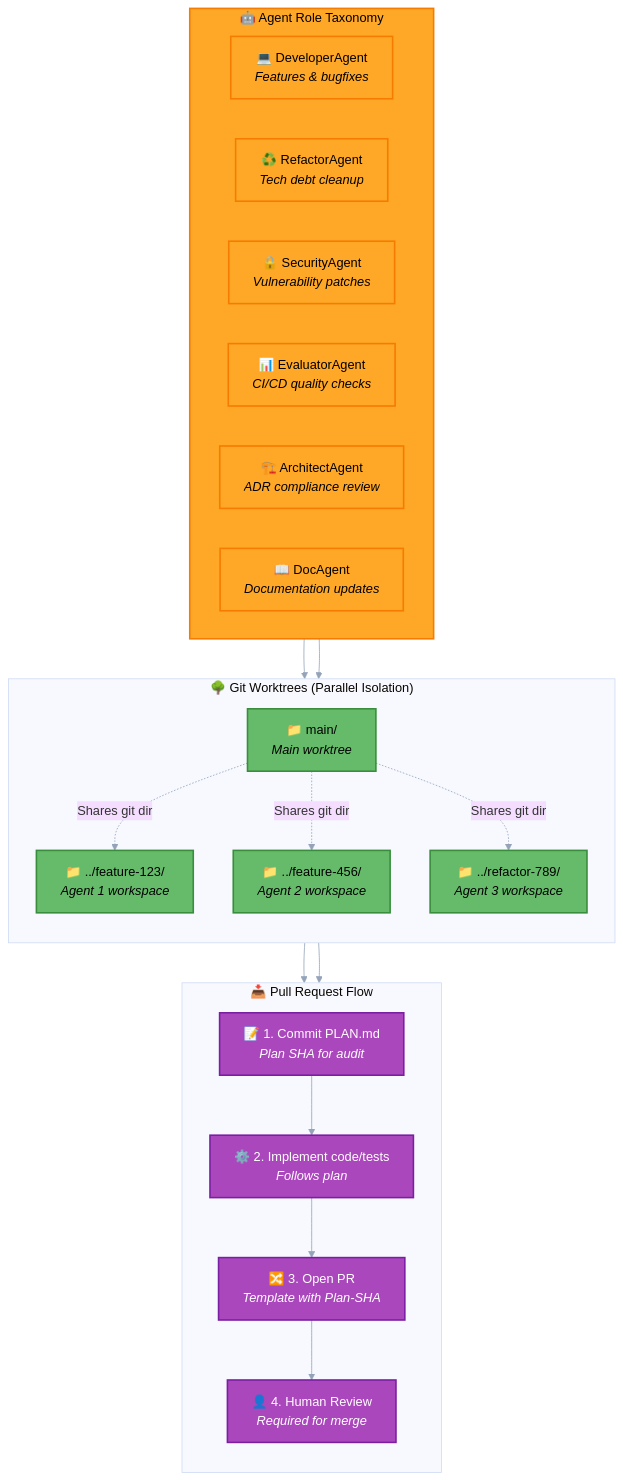
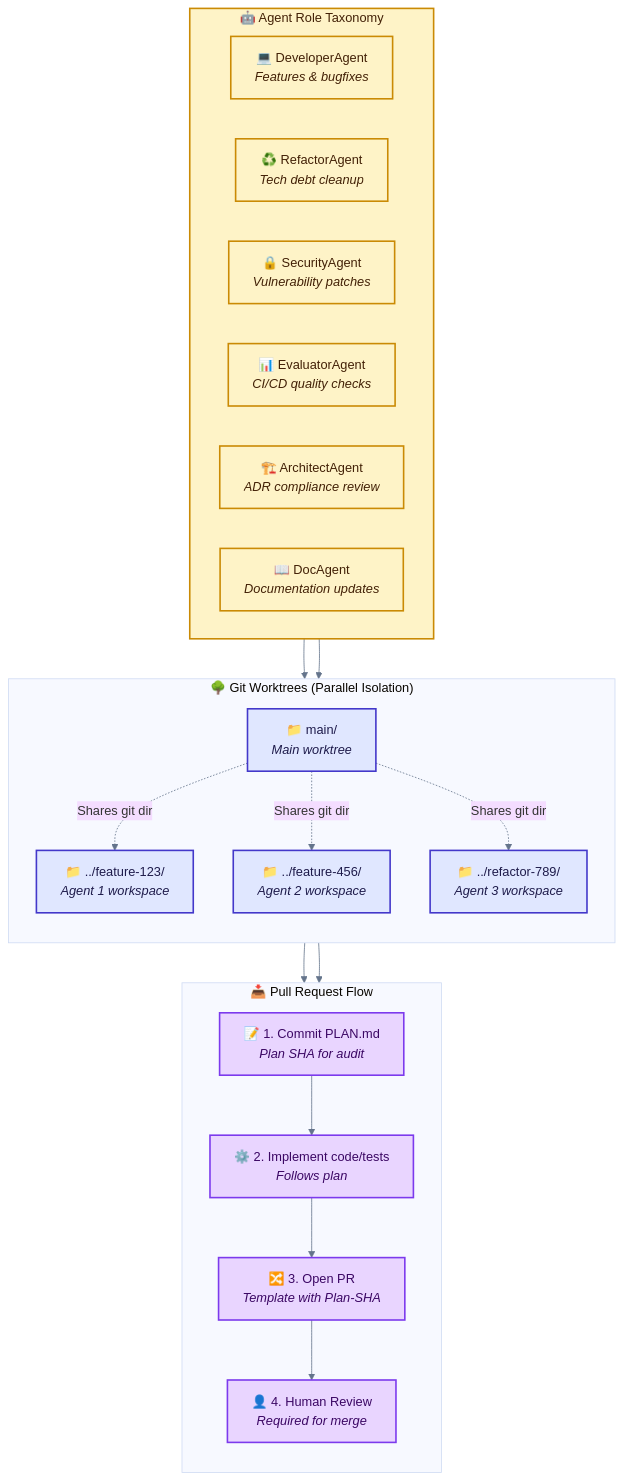
One commit to donbr/github-agentic-om changed the fifth of 8 diagrams in github-native-operating-model.md. Above: the diagram before and after it, drawn with Mermaid. The commit also changed other lines of this file, not shown here.

Commit message:
update mermaid diagrams based on wcag

````diff
--- a/github-native-operating-model.md
+++ b/github-native-operating-model.md
@@ -326,50 +326,50 @@
 ```mermaid
-%%{init: {"theme":"base", "themeVariables": {"lineColor":"#94a3b8","primaryBorderColor":"#94a3b8","textColor":"#64748b"}}}%%
+%%{init: {"theme":"base", "themeVariables": {"lineColor":"#64748B","primaryBorderColor":"#64748B","textColor":"#1E293B","background":"#FFFFFF"}}}%%
 flowchart TB
     subgraph AGENTS["🤖 Agent Role Taxonomy"]
         direction LR
         DEV["💻 DeveloperAgent<br/><i>Features & bugfixes</i>"]
         REFACTOR["♻️ RefactorAgent<br/><i>Tech debt cleanup</i>"]
         SECURITY["🔒 SecurityAgent<br/><i>Vulnerability patches</i>"]
         EVAL["📊 EvaluatorAgent<br/><i>CI/CD quality checks</i>"]
         ARCH["🏗️ ArchitectAgent<br/><i>ADR compliance review</i>"]
         DOC["📖 DocAgent<br/><i>Documentation updates</i>"]
     end
 
     subgraph WORKSPACE["🌳 Git Worktrees (Parallel Isolation)"]
         direction TB
         MAIN["📁 main/<br/><i>Main worktree</i>"]
         WT1["📁 ../feature-123/<br/><i>Agent 1 workspace</i>"]
         WT2["📁 ../feature-456/<br/><i>Agent 2 workspace</i>"]
         WT3["📁 ../refactor-789/<br/><i>Agent 3 workspace</i>"]
 
         MAIN-. Shares git dir .->WT1
         MAIN-. Shares git dir .->WT2
         MAIN-. Shares git dir .->WT3
     end
 
     subgraph PRFLOW["📥 Pull Request Flow"]
         direction TB
         PLAN["📝 1. Commit PLAN.md<br/><i>Plan SHA for audit</i>"]
         IMPL["⚙️ 2. Implement code/tests<br/><i>Follows plan</i>"]
         PR["🔀 3. Open PR<br/><i>Template with Plan-SHA</i>"]
         REVIEW["👤 4. Human Review<br/><i>Required for merge</i>"]
 
         PLAN --> IMPL --> PR --> REVIEW
     end
 
     DEV --> WT1
     REFACTOR --> WT2
     WT1 --> PLAN
     WT2 --> PLAN
 
-    classDef execution fill:#ffa726,stroke:#f57c00,stroke-width:2px,color:#000000
-    classDef agent fill:#ffa726,stroke:#f57c00,stroke-width:2px,color:#000000
-    classDef worktree fill:#66bb6a,stroke:#388e3c,stroke-width:2px,color:#000000
-    classDef flow fill:#ab47bc,stroke:#7b1fa2,stroke-width:2px,color:#ffffff
+    classDef execution fill:#FEF3C7,stroke:#CA8A04,stroke-width:2px,color:#422006
+    classDef agent fill:#FEF3C7,stroke:#CA8A04,stroke-width:2px,color:#422006
+    classDef worktree fill:#E0E7FF,stroke:#4338CA,stroke-width:2px,color:#1E1B4B
+    classDef flow fill:#E9D5FF,stroke:#7C3AED,stroke-width:2px,color:#3B0764
 
     class AGENTS execution
     class DEV,REFACTOR,SECURITY,EVAL,ARCH,DOC agent
     class MAIN,WT1,WT2,WT3 worktree
     class PLAN,IMPL,PR,REVIEW flow
 ```
````
